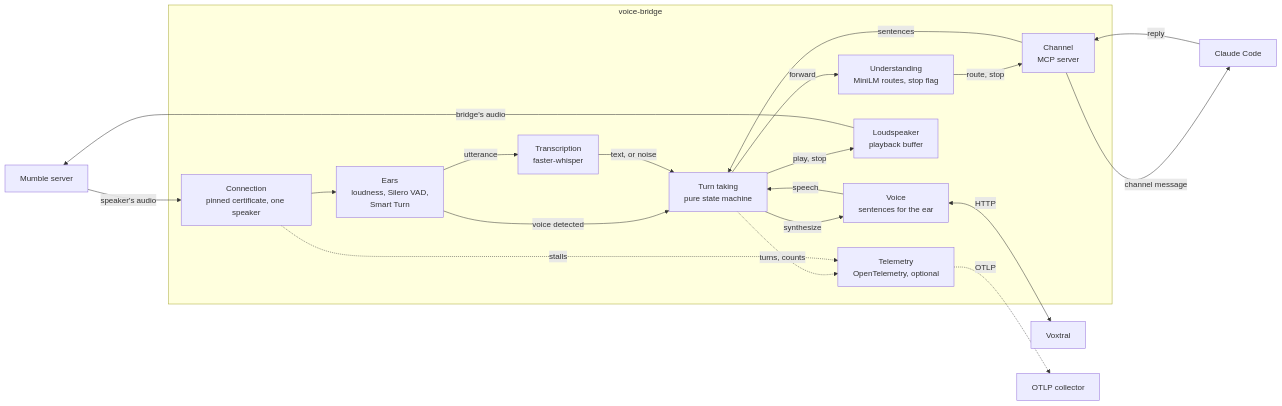
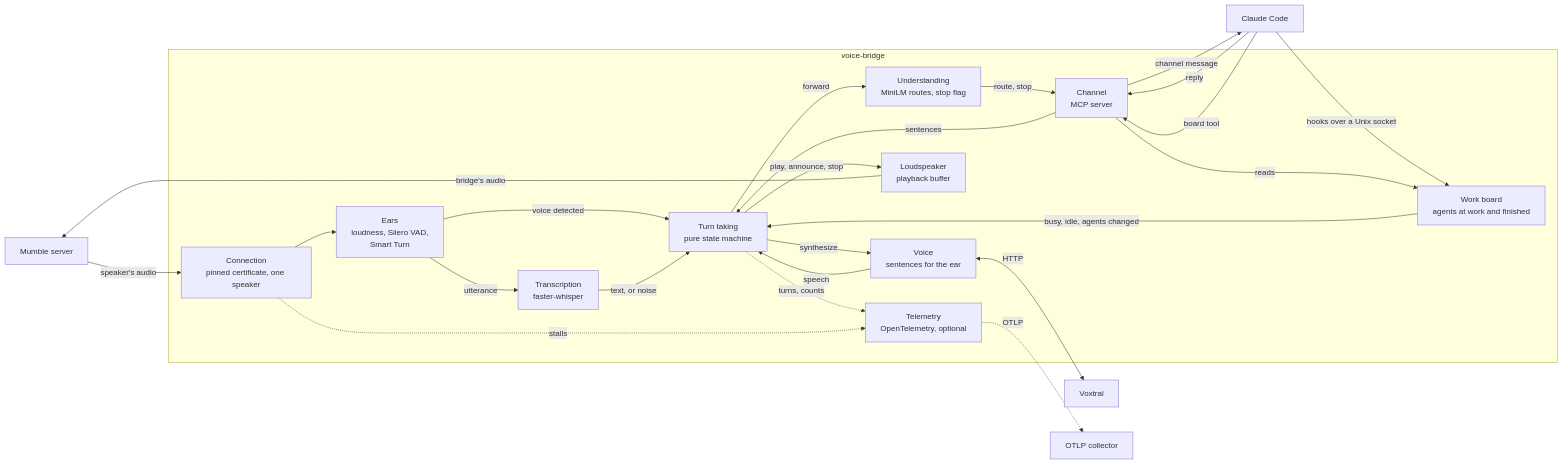
One commit to marc-gavanier/voice-bridge changed the third of 3 diagrams in README.md. Above: the diagram before and after it, drawn with Mermaid. The commit also changed other lines of this file and 2 other files, not shown here.

First line of the commit message:
docs: record how the bridge keeps and speaks the board of agents

````diff
--- a/README.md
+++ b/README.md
@@ -325,31 +336,34 @@
 ```mermaid
 flowchart LR
     mumble["Mumble server"]
     subgraph bridge["voice-bridge"]
         connection["Connection<br/>pinned certificate, one speaker"]
         ears["Ears<br/>loudness, Silero VAD,<br/>Smart Turn"]
         whisper["Transcription<br/>faster-whisper"]
         turns["Turn taking<br/>pure state machine"]
         understanding["Understanding<br/>MiniLM routes, stop flag"]
         channel["Channel<br/>MCP server"]
+        board["Work board<br/>agents at work and finished"]
         mouth["Voice<br/>sentences for the ear"]
         loudspeaker["Loudspeaker<br/>playback buffer"]
         telemetry["Telemetry<br/>OpenTelemetry, optional"]
     end
     claude["Claude Code"]
     voxtral["Voxtral"]
     collector["OTLP collector"]
 
     mumble -->|"speaker's audio"| connection --> ears
     ears -->|"utterance"| whisper
     ears -->|"voice detected"| turns
     whisper -->|"text, or noise"| turns
     turns -->|"forward"| understanding -->|"route, stop"| channel -->|"channel message"| claude
     claude -->|"reply"| channel -->|"sentences"| turns
+    claude -->|"hooks over a Unix socket"| board -->|"busy, idle, agents changed"| turns
+    claude -->|"board tool"| channel -->|"reads"| board
     turns -->|"synthesize"| mouth <-->|"HTTP"| voxtral
     mouth -->|"speech"| turns
-    turns -->|"play, stop"| loudspeaker -->|"bridge's audio"| mumble
+    turns -->|"play, announce, stop"| loudspeaker -->|"bridge's audio"| mumble
     turns -.->|"turns, counts"| telemetry
     connection -.->|"stalls"| telemetry
     telemetry -.->|"OTLP"| collector
 ```
````
